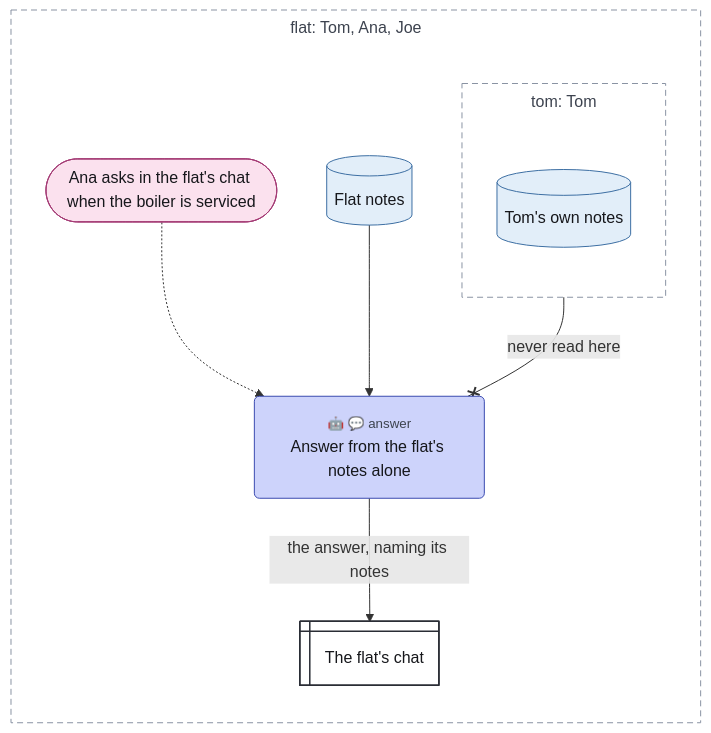
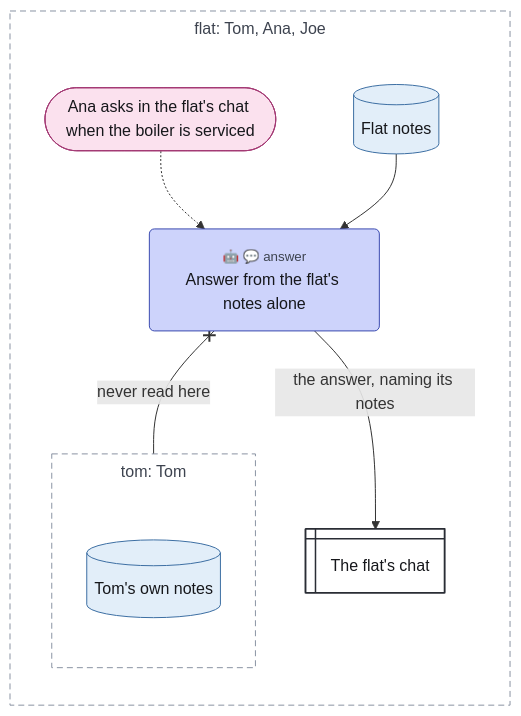
The diagram in examples/tour/03-refused-read.mmd (chrismdp/awml), drawn with Mermaid before and after one commit. The commit also changed 49 other files, not shown here.

```diff
--- a/examples/tour/03-refused-read.mmd
+++ b/examples/tour/03-refused-read.mmd
@@ -1,42 +1,43 @@
 ---
 config:
   theme: default
   flowchart:
     useMaxWidth: false
     subGraphTitleMargin:
       top: 6
       bottom: 30
 ---
 flowchart TB
-  subgraph flat["flat: Tom, Ana, Joe"]
+  subgraph flat["flat#58; Tom#44; Ana#44; Joe"]
     direction TB
-    ask(["Ana asks in the flat's chat when the boiler is serviced"])
+    ask(["Ana asks in the flat#39;s chat when the boiler is serviced"])
     flat_notes[("Flat notes")]
-    answer("<small style='color:#3d434f'>🤖 💬 answer</small><br>Answer from the flat's notes alone")
-    chat@{ shape: win-pane, label: "The flat's chat" }
-    subgraph tom["tom: Tom"]
+    answer("<small style='color:rgb(61,67,79)'>🤖 💬 answer</small><br>Answer from the flat#39;s notes alone")
+    chat@{ shape: win-pane, label: "The flat#39;s chat" }
+    subgraph tom["tom#58; Tom"]
       direction TB
-      tom_notes[("Tom's own notes")]
+      tom_notes[("Tom#39;s own notes")]
     end
   end
 
   ask -.-> answer
   flat_notes --> answer
-  tom_notes --x|"never read here"| answer
-  answer -->|"the answer, naming its notes"| chat
+  answer x--x|"never read here"| tom_notes
+  answer -->|"the answer#44; naming its notes"| chat
   classDef trig fill:#fbe1ee,stroke:#a33a74,color:#16171b
   classDef ctx fill:#e2eef9,stroke:#3d6fa3,color:#16171b
   classDef con fill:#eceef2,stroke:#5d6472,color:#16171b
   classDef surf fill:#ffffff,stroke:#2a2d35,stroke-width:1.5px,color:#16171b
   classDef out fill:#fde4dc,stroke:#b5532f,color:#16171b
   classDef ai fill:#cdd3fb,stroke:#3b4bb0,color:#16171b
   classDef code fill:#c4e3d1,stroke:#2b7a4f,color:#16171b
   classDef person fill:#f7d79a,stroke:#9a6100,color:#16171b
   classDef uml fill:#16171b,stroke:#16171b,color:#16171b
   classDef gap fill:#ffffff,stroke:#8a93a3,stroke-dasharray:4 3,color:#6b7280
   class ask trig
   class flat_notes,tom_notes ctx
   class chat surf
   class answer ai
   style flat fill:transparent,stroke:#8a93a3,stroke-dasharray:6 4,color:#3d434f
   style tom fill:transparent,stroke:#8a93a3,stroke-dasharray:6 4,color:#3d434f
+  linkStyle 2 marker-end:none
```
